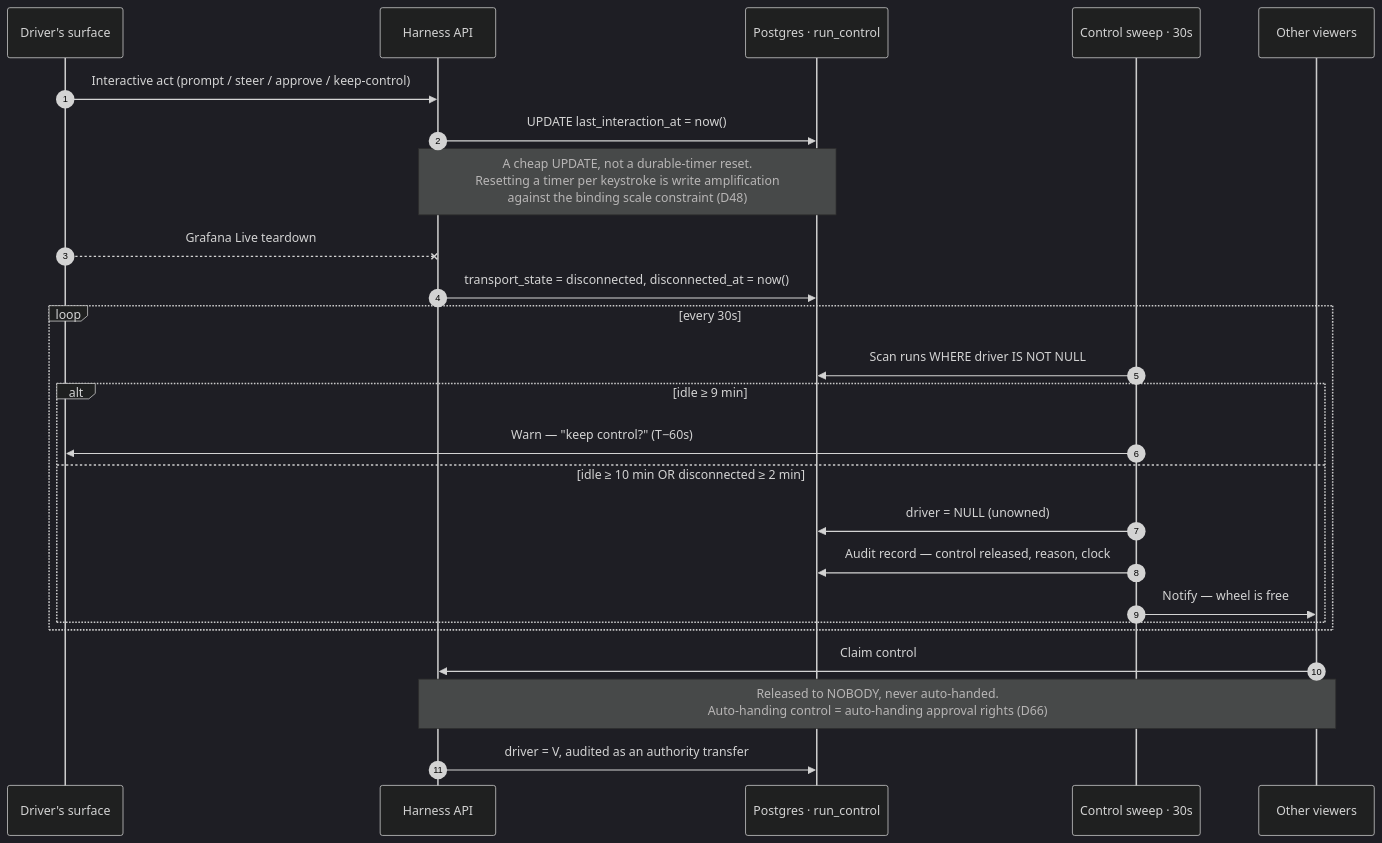
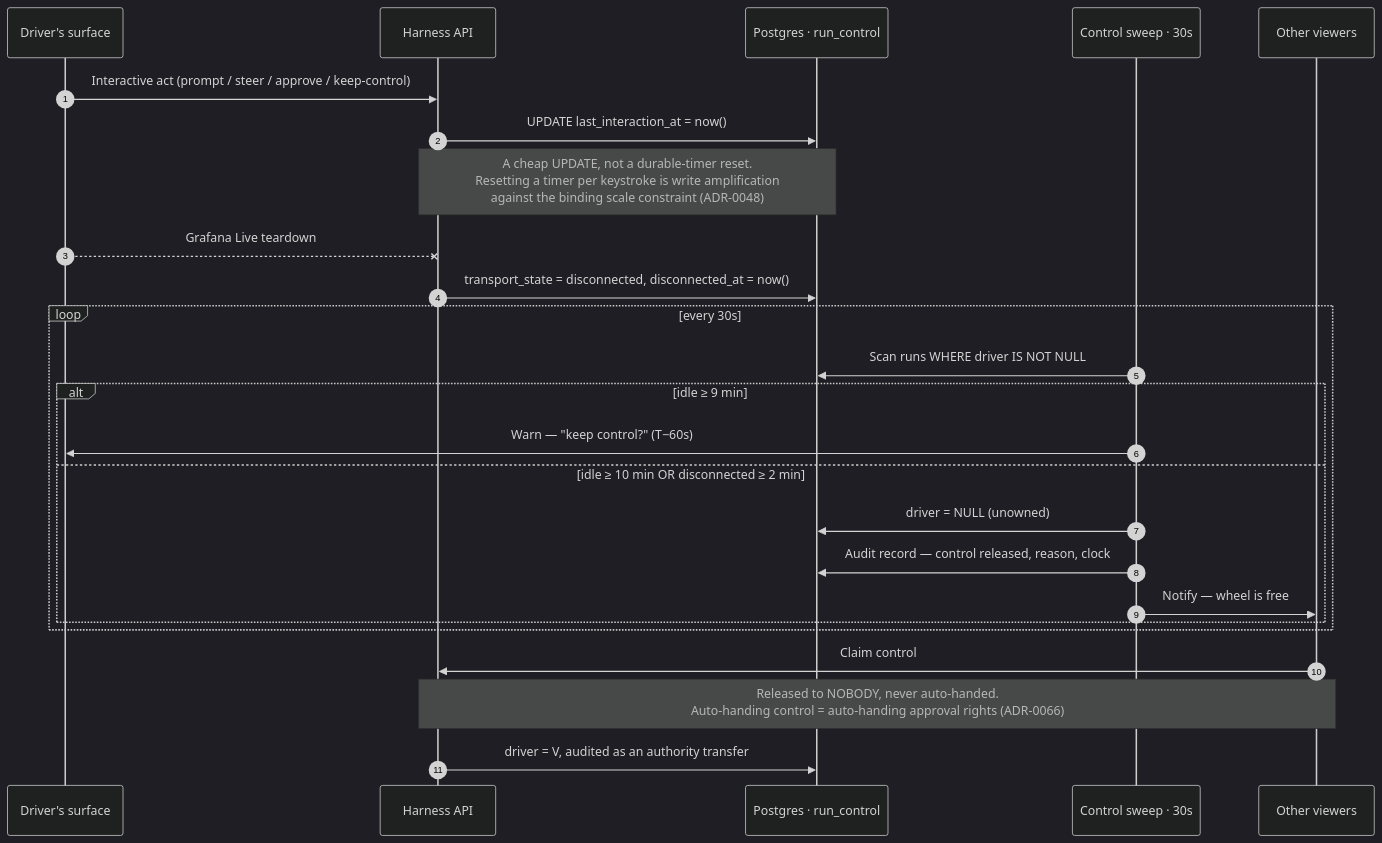
Before and after one commit to vikshana/graft-agent-harness: the sixth of 8 diagrams in docs/diagrams/c4-l2-containers.md, drawn with Mermaid (dark theme). The commit also changed other lines of this file and 120 other files, not shown here.

````diff
--- a/docs/diagrams/c4-l2-containers.md
+++ b/docs/diagrams/c4-l2-containers.md
@@ -440,31 +440,31 @@
 ```mermaid
 sequenceDiagram
     autonumber
     participant B as Driver's surface
     participant API as Harness API
     participant PG as Postgres · run_control
     participant SW as Control sweep · 30s
     participant V as Other viewers
 
     B->>API: Interactive act (prompt / steer / approve / keep-control)
     API->>PG: UPDATE last_interaction_at = now()
-    Note over API,PG: A cheap UPDATE, not a durable-timer reset.<br/>Resetting a timer per keystroke is write amplification<br/>against the binding scale constraint (D48)
+    Note over API,PG: A cheap UPDATE, not a durable-timer reset.<br/>Resetting a timer per keystroke is write amplification<br/>against the binding scale constraint (ADR-0048)
 
     B--xAPI: Grafana Live teardown
     API->>PG: transport_state = disconnected, disconnected_at = now()
 
     loop every 30s
         SW->>PG: Scan runs WHERE driver IS NOT NULL
         alt idle ≥ 9 min
             SW->>B: Warn — "keep control?" (T−60s)
         else idle ≥ 10 min OR disconnected ≥ 2 min
             SW->>PG: driver = NULL (unowned)
             SW->>PG: Audit record — control released, reason, clock
             SW->>V: Notify — wheel is free
         end
     end
 
     V->>API: Claim control
-    Note over V,API: Released to NOBODY, never auto-handed.<br/>Auto-handing control = auto-handing approval rights (D66)
+    Note over V,API: Released to NOBODY, never auto-handed.<br/>Auto-handing control = auto-handing approval rights (ADR-0066)
     API->>PG: driver = V, audited as an authority transfer
 ```
````
